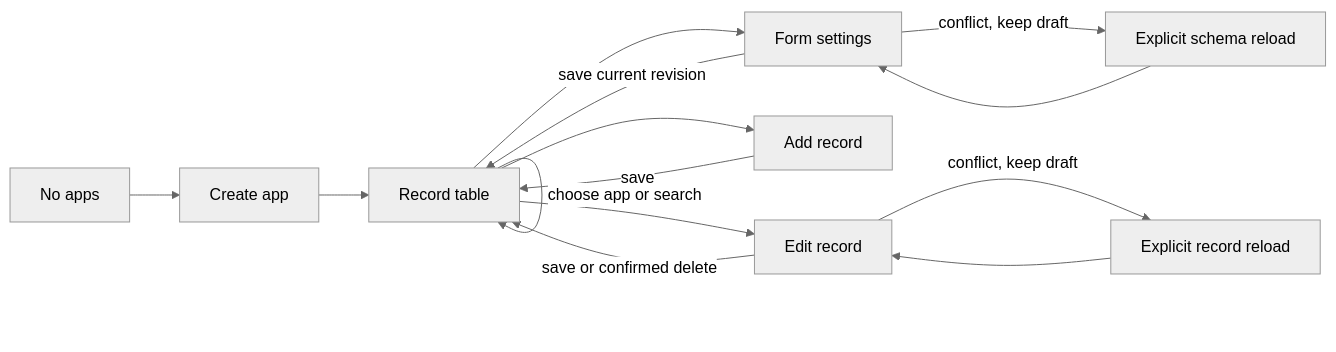
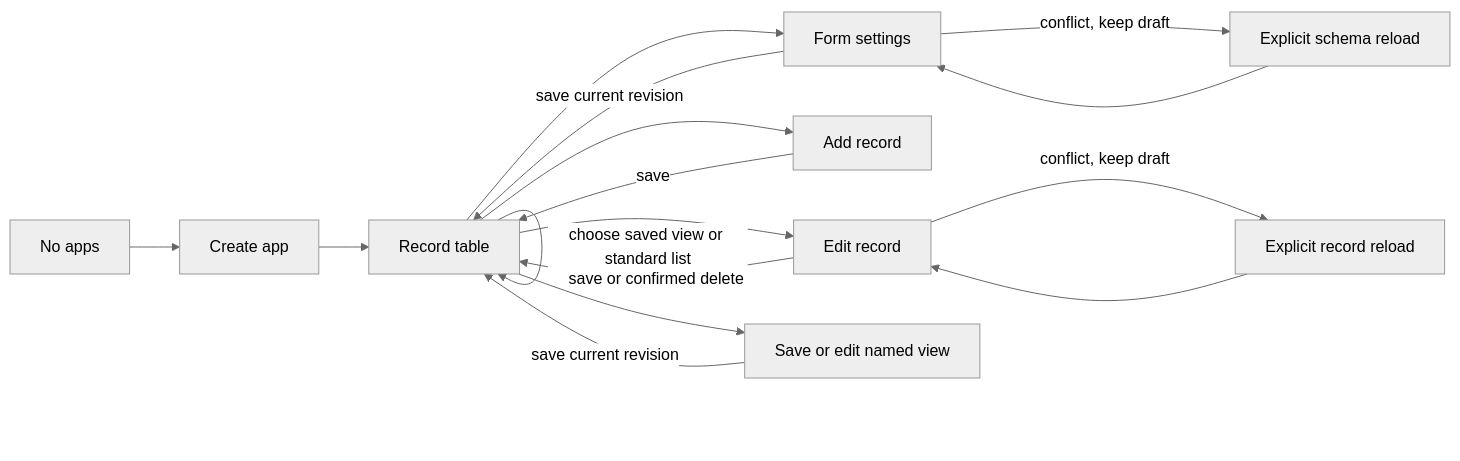
The diagram in docs/ui.md (haranishi/business-apps-rs), drawn with Mermaid (neutral theme) before and after one commit. The commit also changed other lines of this file and 17 other files, not shown here.

Commit message:
feat: manage saved record views in the Rust workspace UI

````diff
--- a/docs/ui.md
+++ b/docs/ui.md
@@ -53,16 +55,19 @@
 ```mermaid
 flowchart LR
   Empty[No apps] --> Builder[Create app]
   Builder --> Table[Record table]
   Table --> Settings[Form settings]
   Settings -->|save current revision| Table
   Settings -->|conflict, keep draft| SchemaReload[Explicit schema reload]
   SchemaReload --> Settings
   Table --> New[Add record]
   Table --> Edit[Edit record]
   New -->|save| Table
   Edit -->|save or confirmed delete| Table
   Edit -->|conflict, keep draft| Reload[Explicit record reload]
   Reload --> Edit
   Table -->|choose app or search| Table
+  Table --> Views[Save or edit named view]
+  Views -->|save current revision| Table
+  Table -->|choose saved view or standard list| Table
 ```
````
